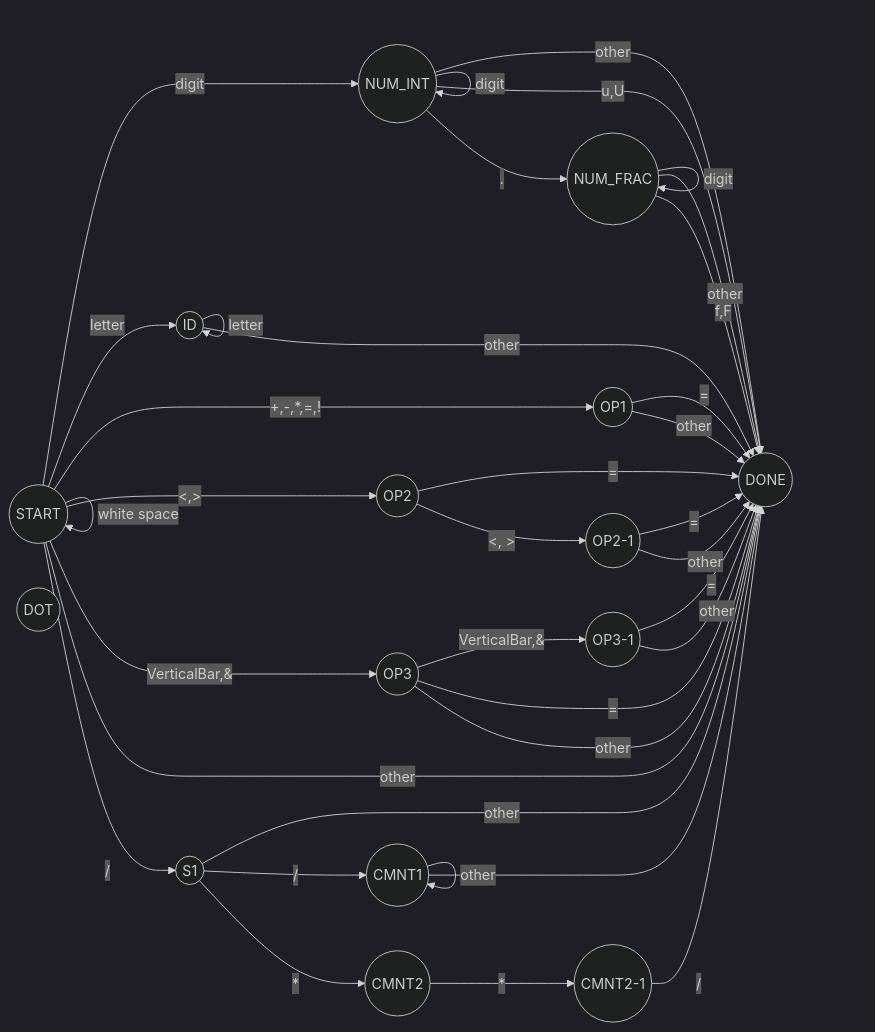
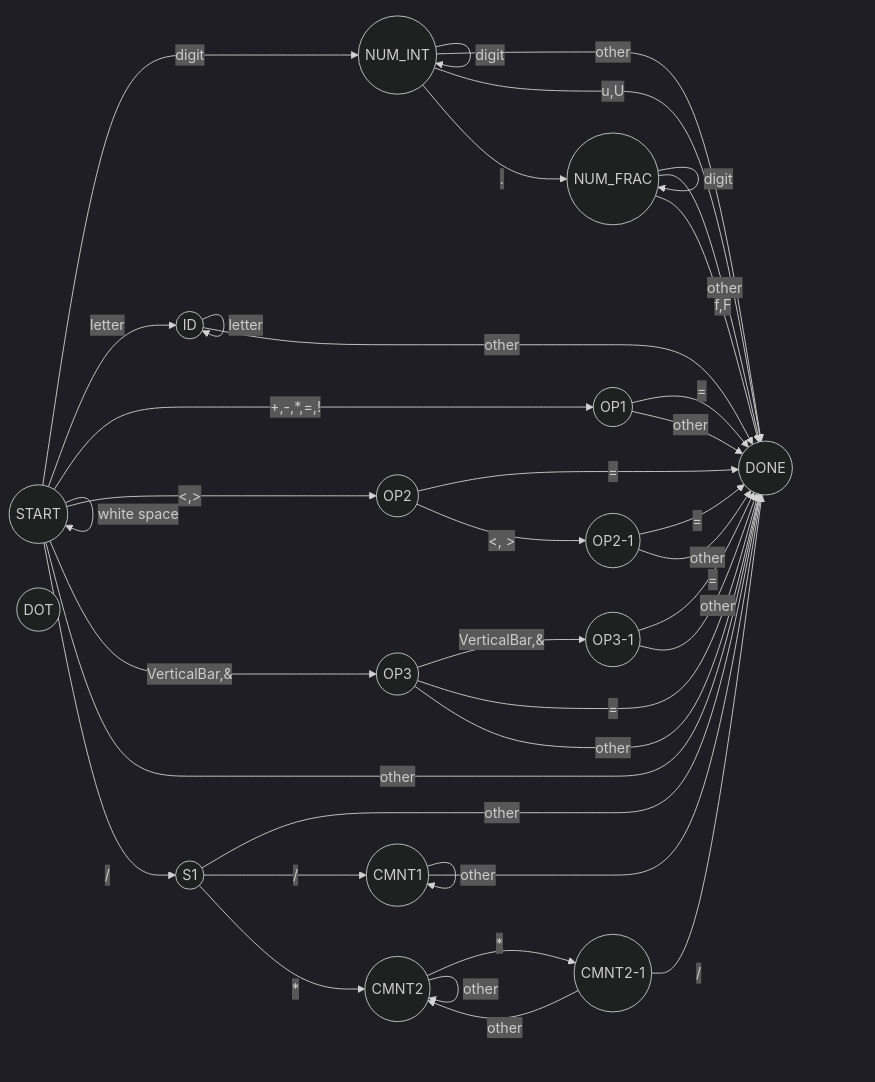
One commit to trip2eee/compiler changed diagram 16 of 16 in doc/2_scanning.md. Above: the diagram before and after it, drawn with Mermaid (dark theme). The commit also changed 5 other files, not shown here.

````diff
--- a/doc/2_scanning.md
+++ b/doc/2_scanning.md
@@ -226,67 +226,69 @@
 ```mermaid
 graph LR
   START(( START ))
   DONE(( DONE ))
   NUM_INT(( NUM_INT ))
   NUM_FRAC(( NUM_FRAC ))
   ID(( ID ))
   S1(( S1 ))
   OP1(( OP1 ))
   OP2(( OP2 ))
   OP2-1(( OP2-1 ))
   OP3(( OP3 ))
   OP3-1(( OP3-1 ))
   DOT(( DOT ))
 
   C1(( CMNT1 ))
   C2(( CMNT2 ))
   C2-1(( CMNT2-1 ))
 
   START -- digit --> NUM_INT
   START -- white space --> START
   NUM_INT -- digit --> NUM_INT
   NUM_INT -- other --> DONE
   NUM_INT -- u,U --> DONE
   NUM_INT -- . --> NUM_FRAC
 
   NUM_FRAC -- digit --> NUM_FRAC
   NUM_FRAC -- other --> DONE
   NUM_FRAC -- f,F --> DONE
   
   START -- letter --> ID
   ID -- digit --> ID
   ID -- letter --> ID
   ID -- other --> DONE
 
   START -- +,-,*,=,! --> OP1
   OP1 -- = --> DONE
   OP1 -- other --> DONE
 
   START -- <,> --> OP2
   OP2 -- = --> DONE
   OP2 -- <, > --> OP2-1
   OP2-1 -- = --> DONE
   OP2-1 -- other --> DONE
   
   START -- VerticalBar,&--> OP3
   OP3 -- VerticalBar,&--> OP3-1
   OP3 -- = --> DONE
   OP3 -- other --> DONE
   OP3-1 -- = --> DONE
   OP3-1 -- other --> DONE
 
 
   START -- other --> DONE
 
   START -- / --> S1
   S1 -- other --> DONE
 
   S1 -- / --> C1
   C1 -- other --> C1
   C1 -- \n --> DONE
 
   S1 -- * --> C2
   C2 -- * --> C2-1
+  C2 -- other --> C2
   C2-1 -- / --> DONE
+  C2-1 -- other --> C2
 
 ```
````
